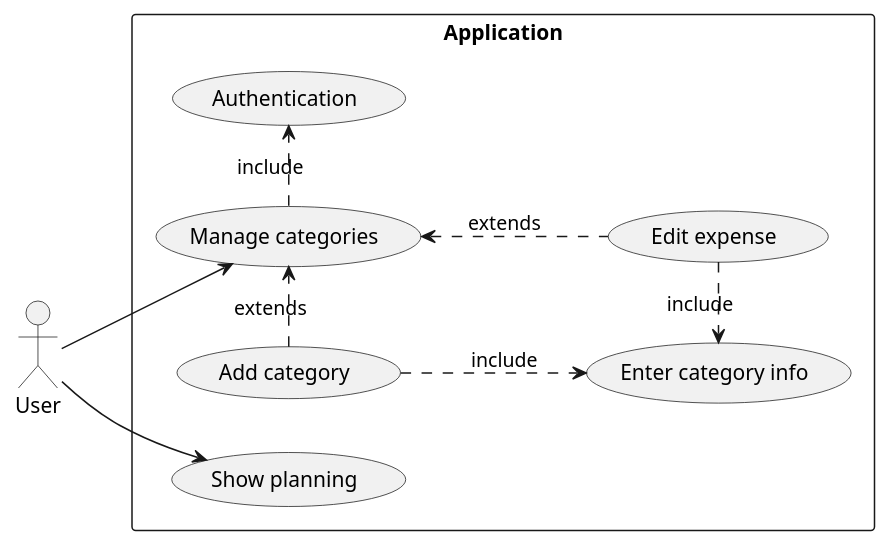
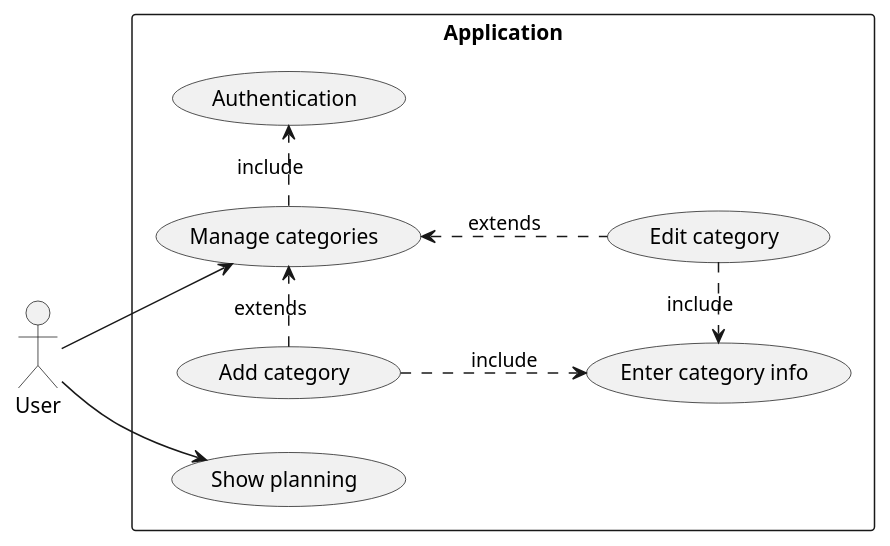
Before and after one commit to Zercos/Coin: the diagram in docs/images/usecase/categories.puml, drawn with PlantUML. The commit also changed 3 other files, not shown here.

Commit message:
Update the UML diagrams

```diff
--- a/docs/images/usecase/categories.puml
+++ b/docs/images/usecase/categories.puml
@@ -1,16 +1,16 @@
 @startuml "Manage categories"
 
 left to right direction
 actor User
 rectangle Application {
     User --> (Manage categories)
     (Manage categories) .> (Authentication) : include
     (Add category) .> (Manage categories) : extends
-    (Manage categories) <.. (Edit expense) : extends
+    (Manage categories) <.. (Edit category) : extends
     (Add category) ..> (Enter category info) : include
-    (Edit expense) .> (Enter category info) : include
+    (Edit category) .> (Enter category info) : include
     User --> (Show planning)
 }
 
 
 @enduml
```
